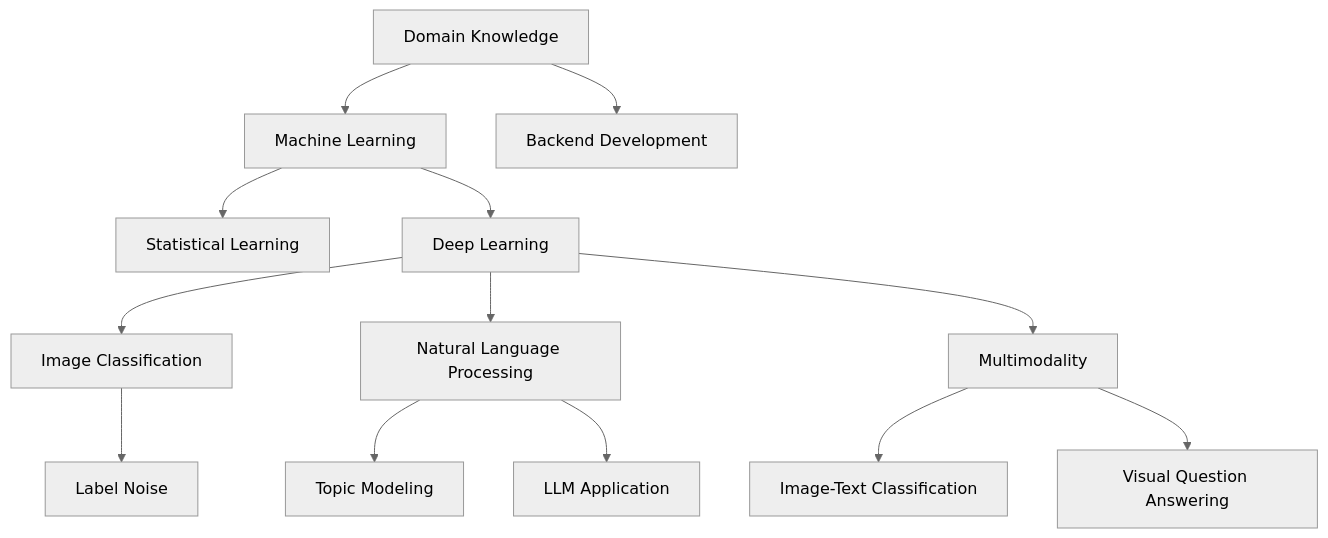
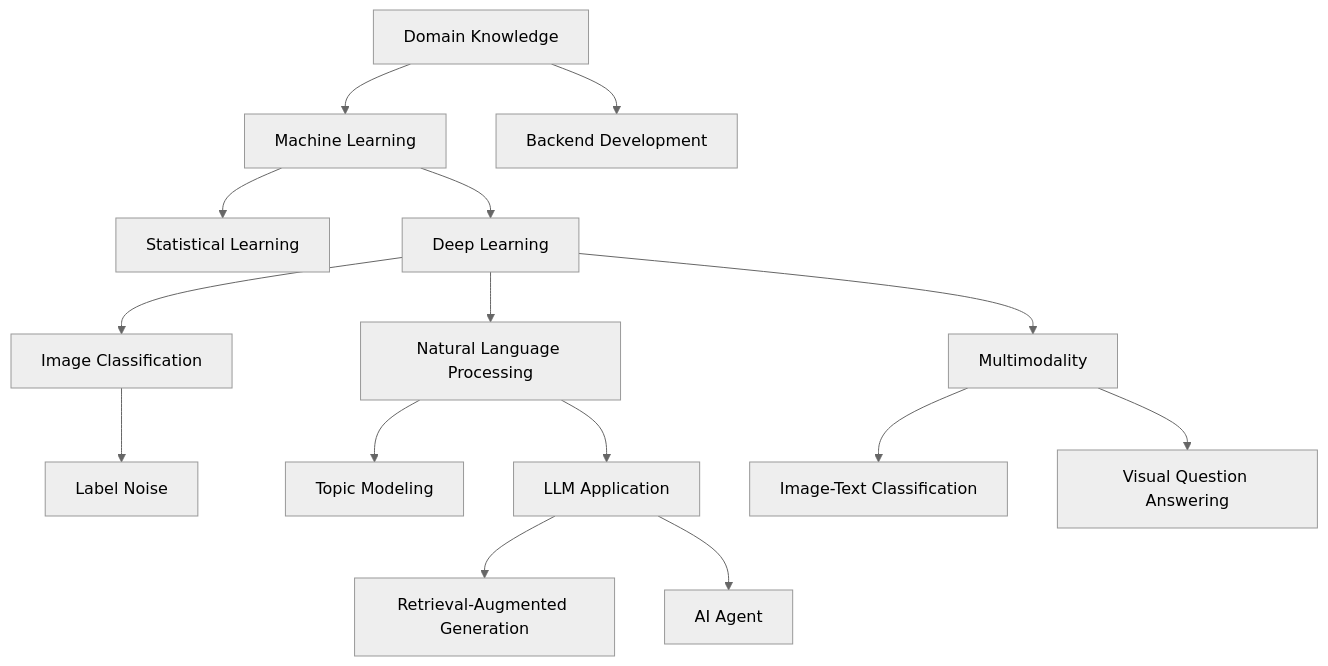
One commit to XavierSpycy/XavierSpycy changed the diagram in README.md. Above: the diagram before and after it, drawn with Mermaid (neutral theme). The commit also changed other lines of this file and 4 other files, not shown here.

````diff
--- a/README.md
+++ b/README.md
@@ -23,15 +23,17 @@
 ```mermaid
 graph TD;
     DomainKnowledge[Domain Knowledge]-->MachineLearning[Machine Learning];
     MachineLearning[Machine Learning]-->StatisticalLearning[Statistical Learning];
     MachineLearning[Machine Learning]-->DeepLearning[Deep Learning];
     DomainKnowledge[Domain Knowledge]-->BackendDevelopment[Backend Development];
     DeepLearning[Deep Learning]-->ImageClassification[Image Classification];
     ImageClassification[Image Classification]-->LabelNoise[Label Noise];
     DeepLearning[Deep Learning]-->NaturalLanguageProcessing[Natural Language Processing];
     NaturalLanguageProcessing[Natural Language Processing]-->TopicModeling[Topic Modeling];
     NaturalLanguageProcessing[Natural Language Processing]-->LLMApplication[LLM Application];
+    LLMApplication[LLM Application]-->RAG[Retrieval-Augmented Generation];
+    LLMApplication[LLM Application]-->AIAgent[AI Agent];
     DeepLearning[Deep Learning]-->Multimodality[Multimodality];
     Multimodality[Multimodality]-->ImageTextClassification[Image-Text Classification];
     Multimodality[Multimodality]-->VisualQuestionAnswering[Visual Question Answering];
    ```
````
